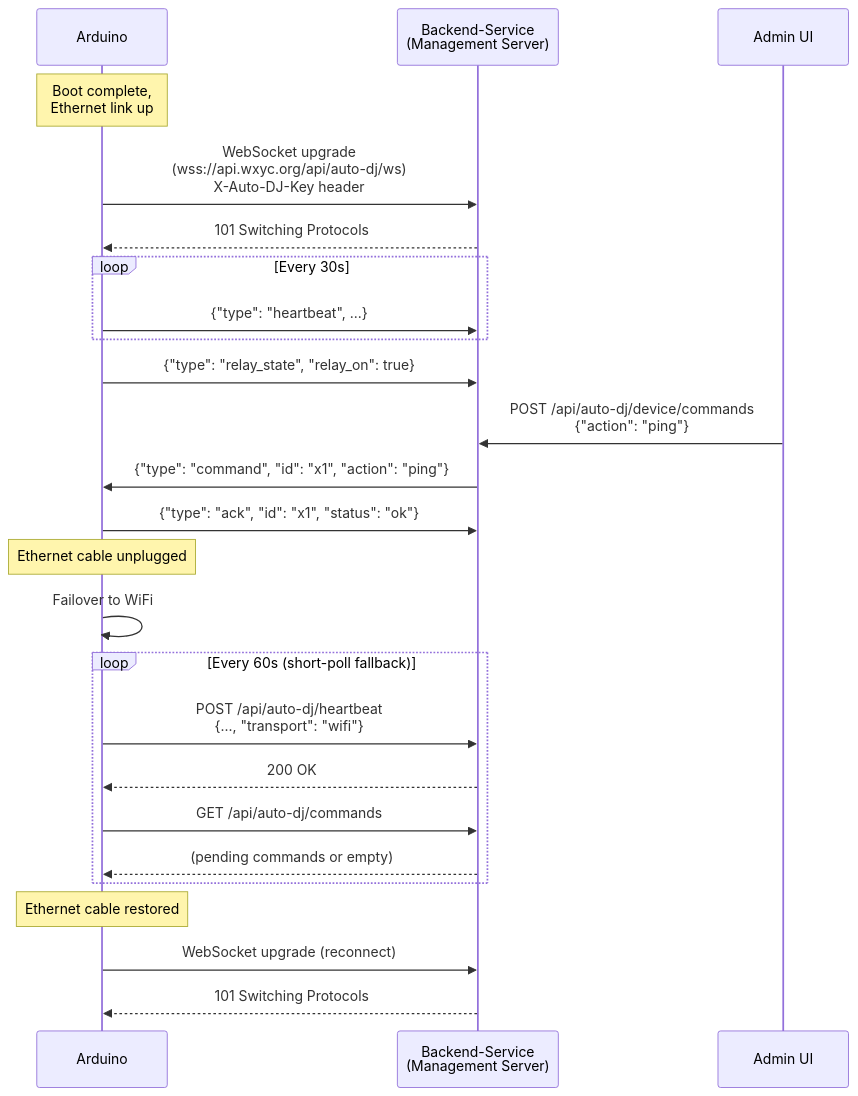
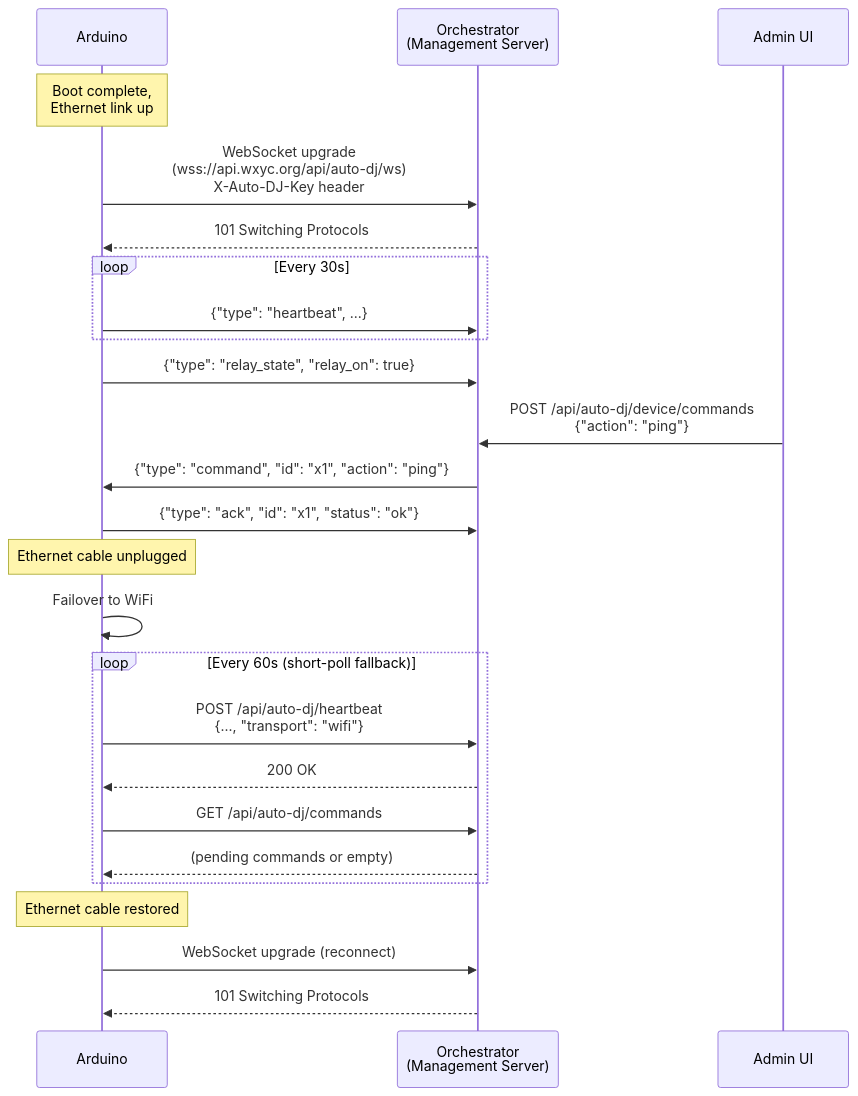
One commit to WXYC/auto-dj-arduino-switch changed the eighth of 15 diagrams in docs/networking-spec.md. Above: the diagram before and after it, drawn with Mermaid. The commit also changed other lines of this file, not shown here.

First line of the commit message:
Replace Backend-Service with orchestrator where duties apply

````diff
--- a/docs/networking-spec.md
+++ b/docs/networking-spec.md
@@ -812,36 +813,36 @@
 ```mermaid
 sequenceDiagram
     participant Arduino
-    participant Server as Backend-Service<br/>(Management Server)
+    participant Server as Orchestrator<br/>(Management Server)
     participant Admin as Admin UI
 
     Note over Arduino: Boot complete,<br/>Ethernet link up
 
     Arduino->>Server: WebSocket upgrade<br/>(wss://api.wxyc.org/api/auto-dj/ws)<br/>X-Auto-DJ-Key header
     Server-->>Arduino: 101 Switching Protocols
 
     loop Every 30s
         Arduino->>Server: {"type": "heartbeat", ...}
     end
 
     Arduino->>Server: {"type": "relay_state", "relay_on": true}
 
     Admin->>Server: POST /api/auto-dj/device/commands<br/>{"action": "ping"}
     Server->>Arduino: {"type": "command", "id": "x1", "action": "ping"}
     Arduino->>Server: {"type": "ack", "id": "x1", "status": "ok"}
 
     Note over Arduino: Ethernet cable unplugged
 
     Arduino->>Arduino: Failover to WiFi
 
     loop Every 60s (short-poll fallback)
         Arduino->>Server: POST /api/auto-dj/heartbeat<br/>{..., "transport": "wifi"}
         Server-->>Arduino: 200 OK
         Arduino->>Server: GET /api/auto-dj/commands
         Server-->>Arduino: (pending commands or empty)
     end
 
     Note over Arduino: Ethernet cable restored
     Arduino->>Server: WebSocket upgrade (reconnect)
     Server-->>Arduino: 101 Switching Protocols
 ```
````
